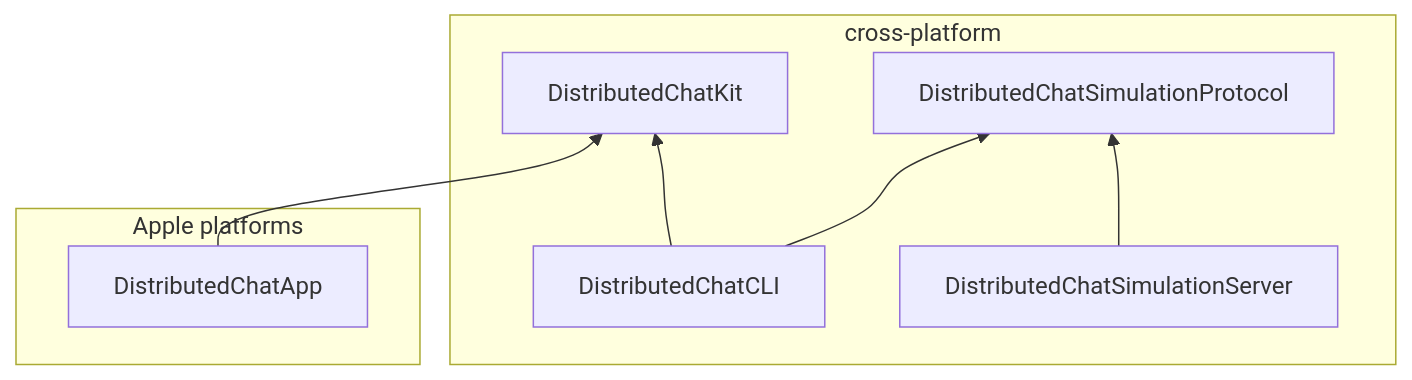
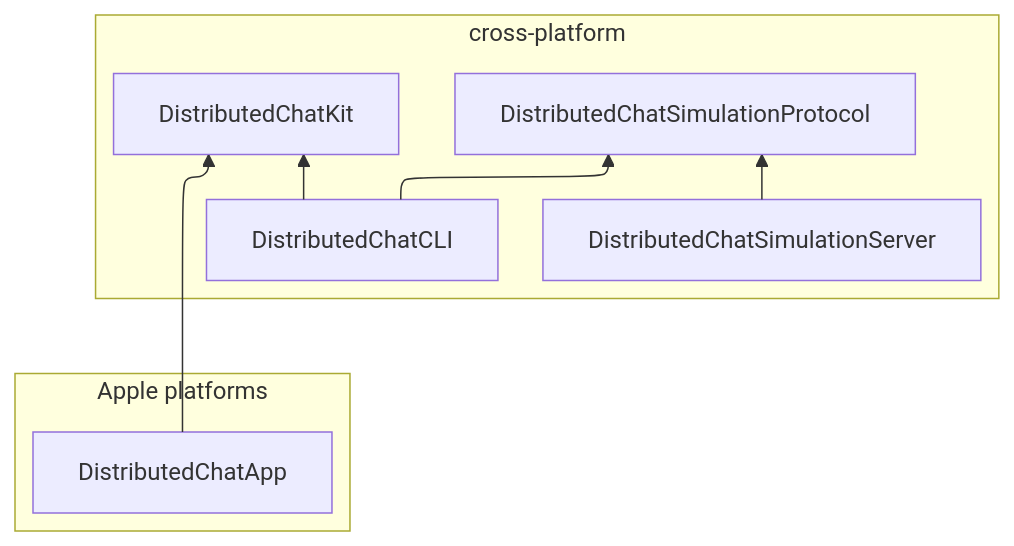
One commit to fwcd/distributed-chat changed the diagram in README.md. Above: the diagram before and after it, drawn with Mermaid.

Commit message:
Use elk renderer for diagram

````diff
--- a/README.md
+++ b/README.md
@@ -43,11 +43,12 @@
 ```mermaid
+%%{init: {"flowchart": {"defaultRenderer": "elk"}} }%%
 flowchart BT
     subgraph cross-platform
         DistributedChatCLI --> DistributedChatKit
         DistributedChatCLI --> DistributedChatSimulationProtocol
         DistributedChatSimulationServer --> DistributedChatSimulationProtocol
     end
     subgraph "Apple platforms"
         DistributedChatApp --> DistributedChatKit
     end
 ```
````
